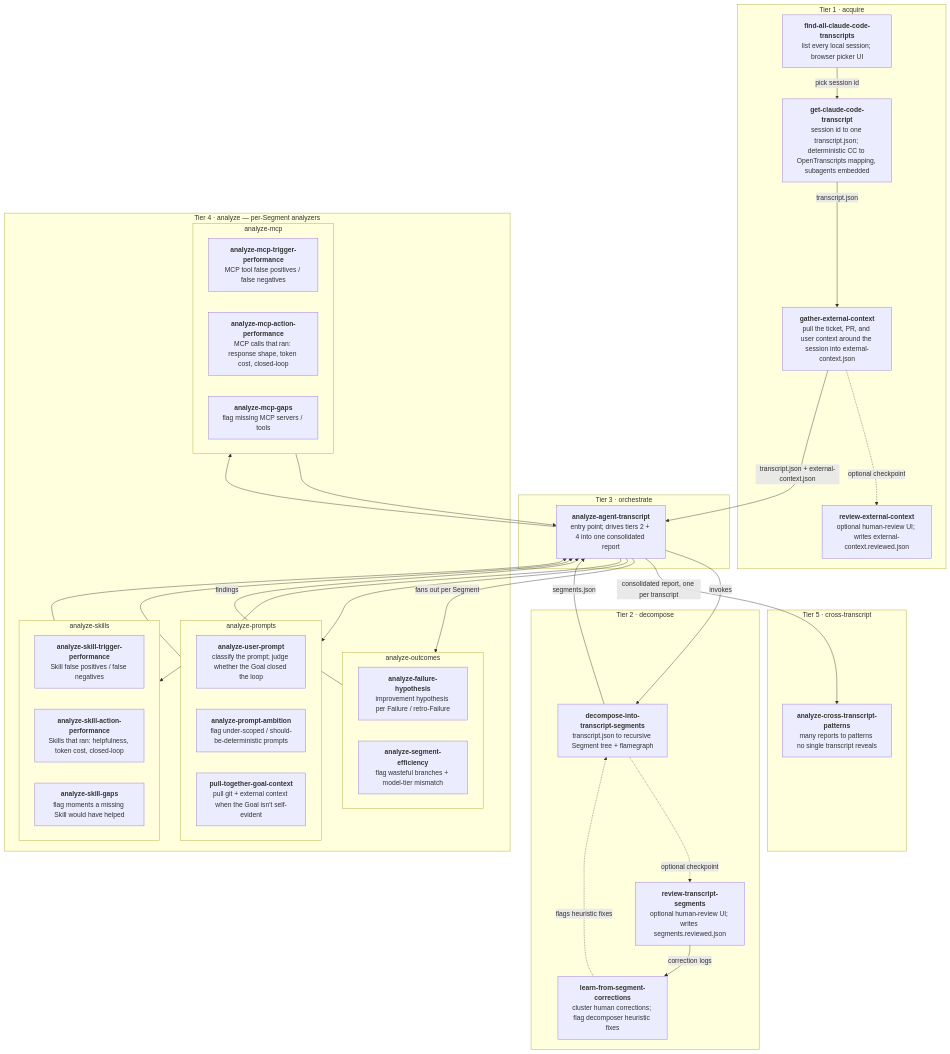
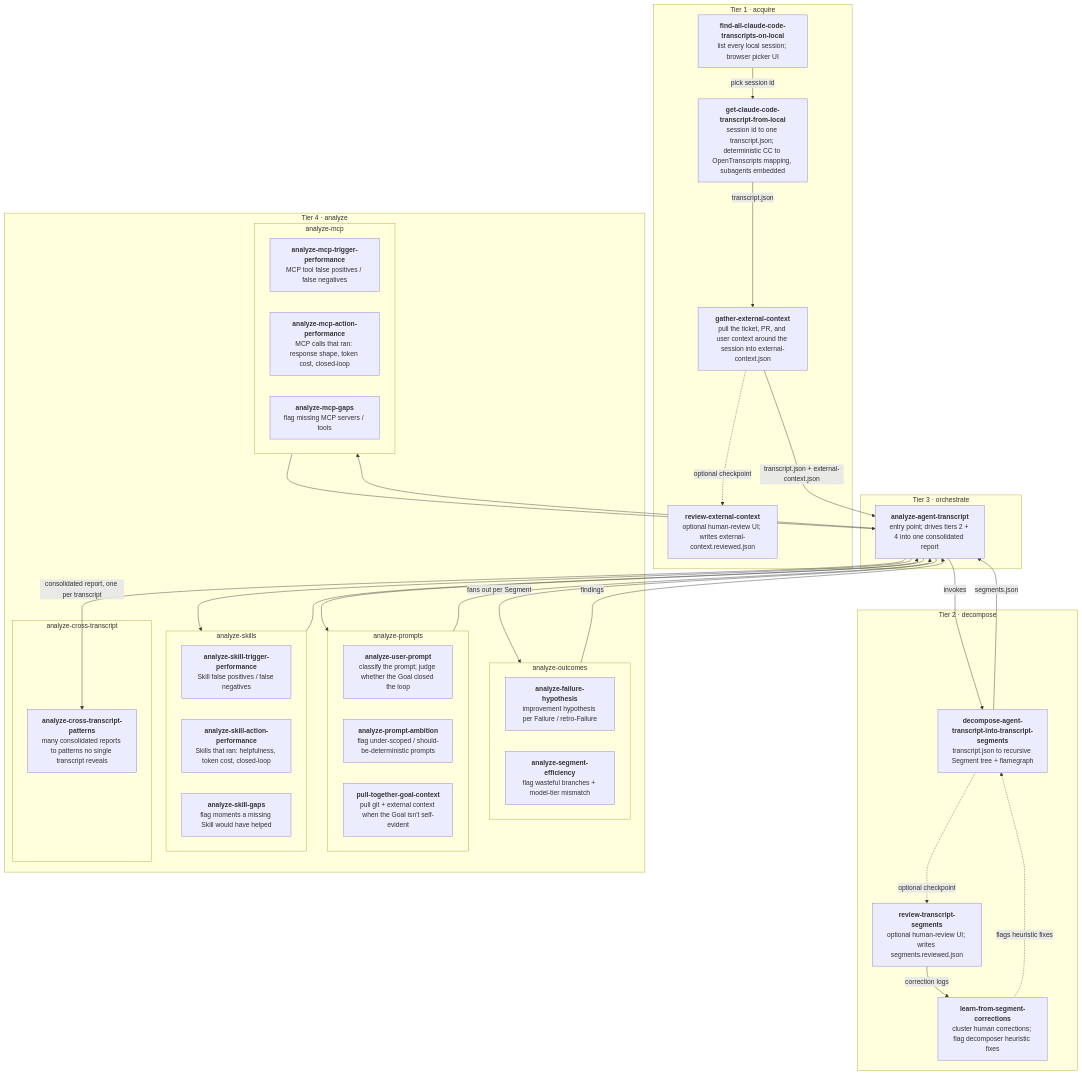
Before and after one commit to pulsemcp/ai-artifacts: the diagram in skills/agent-transcript-analysis/README.md, drawn with Mermaid. The commit also changed other lines of this file and 33 other files, not shown here.

First line of the commit message:
Restructure skill layout: fold cross-transcript into tier 4, rename acquire/decompose skills

````diff
--- a/skills/agent-transcript-analysis/README.md
+++ b/skills/agent-transcript-analysis/README.md
@@ -47,64 +46,63 @@
 ```mermaid
 flowchart TD
     subgraph T1["Tier 1 · acquire"]
-        FA["<b>find-all-claude-code-transcripts</b><br/>list every local session; browser picker UI"]
-        GET["<b>get-claude-code-transcript</b><br/>session id to one transcript.json; deterministic CC to OpenTranscripts mapping, subagents embedded"]
+        FA["<b>find-all-claude-code-transcripts-on-local</b><br/>list every local session; browser picker UI"]
+        GET["<b>get-claude-code-transcript-from-local</b><br/>session id to one transcript.json; deterministic CC to OpenTranscripts mapping, subagents embedded"]
         GEC["<b>gather-external-context</b><br/>pull the ticket, PR, and user context around the session into external-context.json"]
         REC["<b>review-external-context</b><br/>optional human-review UI; writes external-context.reviewed.json"]
     end
 
     subgraph T2["Tier 2 · decompose"]
-        DEC["<b>decompose-into-transcript-segments</b><br/>transcript.json to recursive Segment tree + flamegraph"]
+        DEC["<b>decompose-agent-transcript-into-transcript-segments</b><br/>transcript.json to recursive Segment tree + flamegraph"]
         REV["<b>review-transcript-segments</b><br/>optional human-review UI; writes segments.reviewed.json"]
         LEARN["<b>learn-from-segment-corrections</b><br/>cluster human corrections; flag decomposer heuristic fixes"]
     end
 
     subgraph T3["Tier 3 · orchestrate"]
         ORCH["<b>analyze-agent-transcript</b><br/>entry point; drives tiers 2 + 4 into one consolidated report"]
     end
 
-    subgraph T4["Tier 4 · analyze — per-Segment analyzers"]
+    subgraph T4["Tier 4 · analyze"]
         subgraph T4O["analyze-outcomes"]
             FH["<b>analyze-failure-hypothesis</b><br/>improvement hypothesis per Failure / retro-Failure"]
             SE["<b>analyze-segment-efficiency</b><br/>flag wasteful branches + model-tier mismatch"]
         end
         subgraph T4P["analyze-prompts"]
             UP["<b>analyze-user-prompt</b><br/>classify the prompt; judge whether the Goal closed the loop"]
             PA["<b>analyze-prompt-ambition</b><br/>flag under-scoped / should-be-deterministic prompts"]
             GC["<b>pull-together-goal-context</b><br/>pull git + external context when the Goal isn't self-evident"]
         end
         subgraph T4S["analyze-skills"]
             STP["<b>analyze-skill-trigger-performance</b><br/>Skill false positives / false negatives"]
             SAP["<b>analyze-skill-action-performance</b><br/>Skills that ran: helpfulness, token cost, closed-loop"]
             SG["<b>analyze-skill-gaps</b><br/>flag moments a missing Skill would have helped"]
         end
         subgraph T4M["analyze-mcp"]
             MTP["<b>analyze-mcp-trigger-performance</b><br/>MCP tool false positives / false negatives"]
             MAP["<b>analyze-mcp-action-performance</b><br/>MCP calls that ran: response shape, token cost, closed-loop"]
             MG["<b>analyze-mcp-gaps</b><br/>flag missing MCP servers / tools"]
         end
-    end
-
-    subgraph T5["Tier 5 · cross-transcript"]
-        XT["<b>analyze-cross-transcript-patterns</b><br/>many reports to patterns no single transcript reveals"]
+        subgraph T4X["analyze-cross-transcript"]
+            XT["<b>analyze-cross-transcript-patterns</b><br/>many consolidated reports to patterns no single transcript reveals"]
+        end
     end
 
     FA -->|pick session id| GET
     GET -->|transcript.json| GEC
     GEC -.->|optional checkpoint| REC
     GEC -->|transcript.json + external-context.json| ORCH
     ORCH -->|invokes| DEC
     DEC -->|segments.json| ORCH
     DEC -.->|optional checkpoint| REV
     REV -->|correction logs| LEARN
     LEARN -.->|flags heuristic fixes| DEC
     ORCH -->|fans out per Segment| T4O
     ORCH --> T4P
     ORCH --> T4S
     ORCH --> T4M
     T4O -->|findings| ORCH
     T4P --> ORCH
     T4S --> ORCH
     T4M --> ORCH
     ORCH -->|consolidated report, one per transcript| XT
 ```
````
